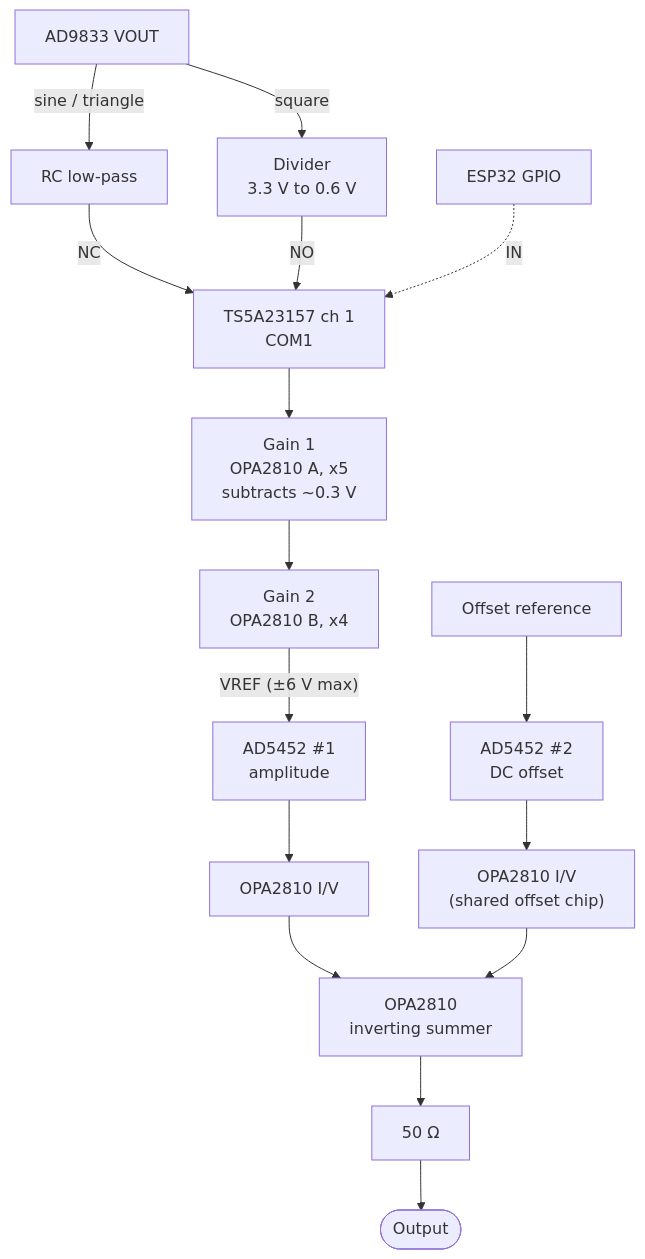
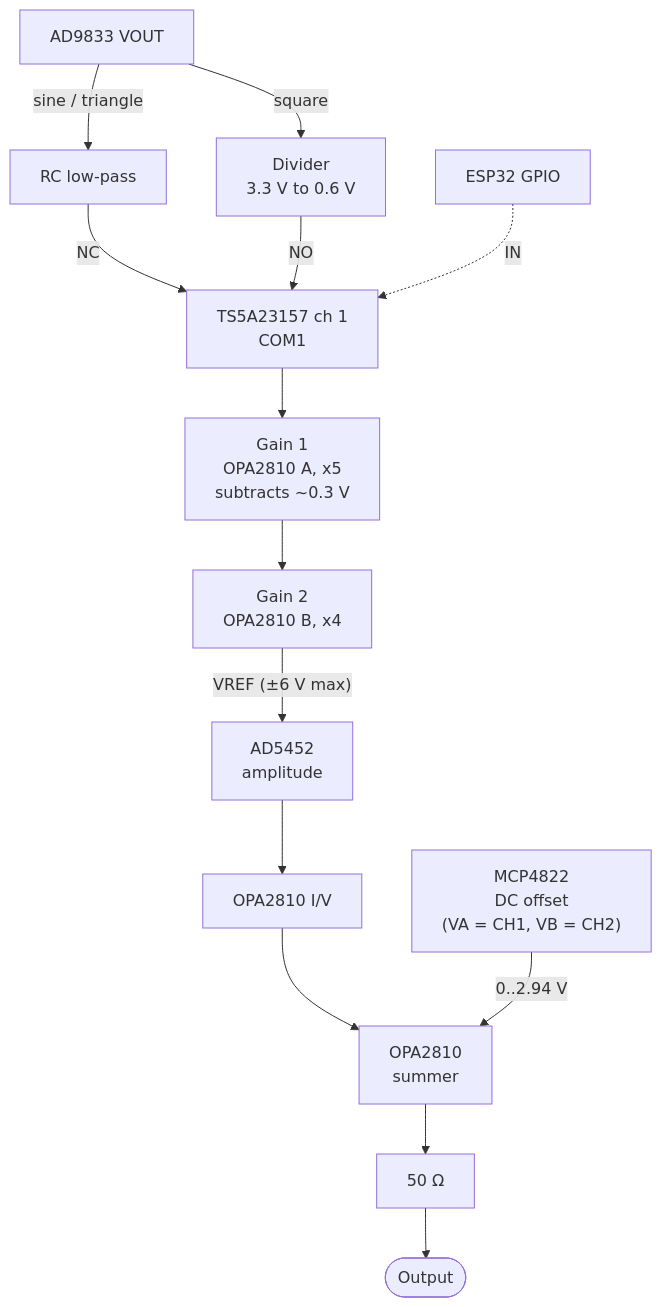
The diagram in docs/parts.md (R0mba-Na11avan/425_Function_Generator), drawn with Mermaid before and after one commit. The commit also changed other lines of this file and 41 other files, not shown here.

````diff
--- a/docs/parts.md
+++ b/docs/parts.md
@@ -21,25 +21,23 @@
 ```mermaid
 flowchart TD
     DDS["AD9833 VOUT"]
     LPF["RC low-pass"]
     DIV["Divider<br/>3.3 V to 0.6 V"]
     SW["TS5A23157 ch 1<br/>COM1"]
     GPIO["ESP32 GPIO"]
     G1["Gain 1<br/>OPA2810 A, x5<br/>subtracts ~0.3 V"]
     G2["Gain 2<br/>OPA2810 B, x4"]
-    AMP["AD5452 #1<br/>amplitude"]
+    AMP["AD5452<br/>amplitude"]
     AIV["OPA2810 I/V"]
-    OREF["Offset reference"]
-    OFS["AD5452 #2<br/>DC offset"]
-    OIV["OPA2810 I/V<br/>(shared offset chip)"]
-    SUM["OPA2810<br/>inverting summer"]
+    OFS["MCP4822<br/>DC offset<br/>(VA = CH1, VB = CH2)"]
+    SUM["OPA2810<br/>summer"]
     R50["50 Ω"]
     OUT(["Output"])
 
     DDS -->|sine / triangle| LPF -->|NC| SW
     DDS -->|square| DIV -->|NO| SW
     GPIO -.->|IN| SW
     SW --> G1 --> G2 -->|"VREF (±6 V max)"| AMP --> AIV --> SUM
-    OREF --> OFS --> OIV --> SUM
+    OFS -->|"0..2.94 V"| SUM
     SUM --> R50 --> OUT
 ```
````
